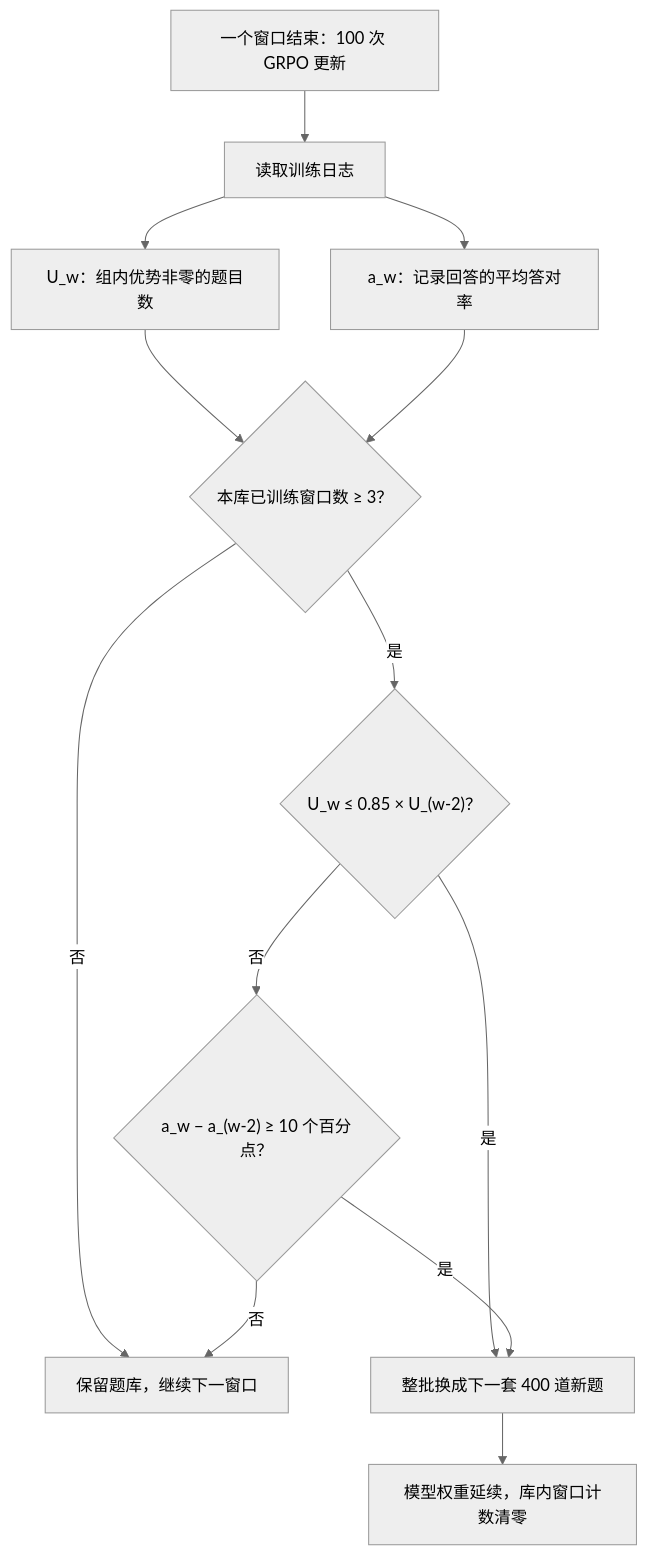
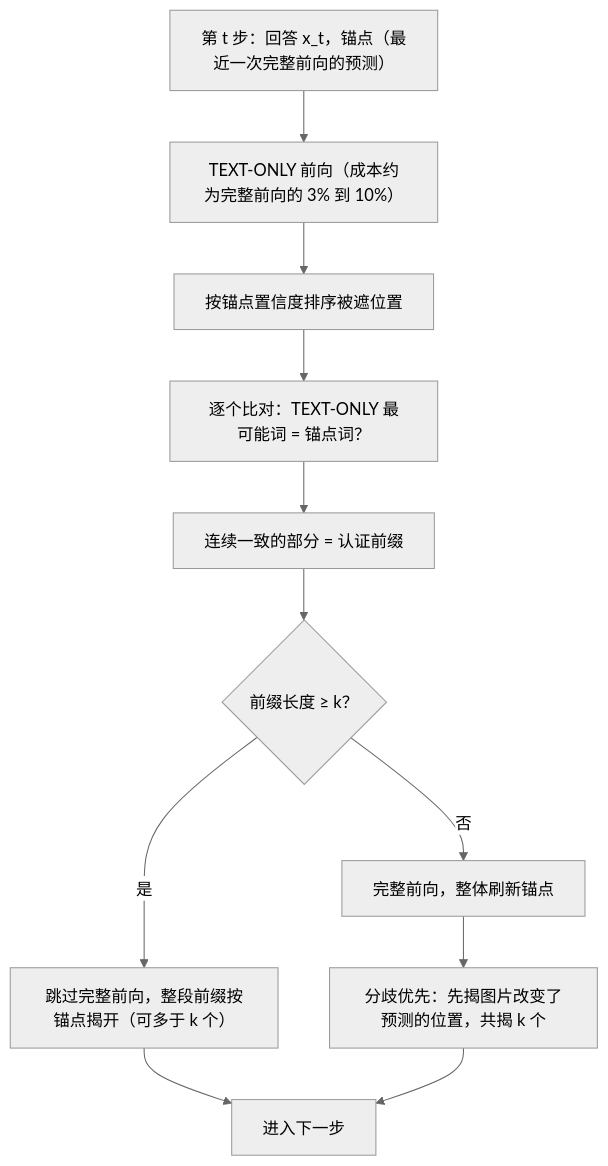
Before and after one commit to yingwang/paper-reads: the third of 4 diagrams in docs/index.md, drawn with Mermaid (neutral theme). The commit also changed other lines of this file and 2 other files, not shown here.

````diff
--- a/docs/index.md
+++ b/docs/index.md
@@ -175,15 +150,13 @@
 ```mermaid
 flowchart TB
-    W["一个窗口结束：100 次 GRPO 更新"] --> LOG["读取训练日志"]
-    LOG --> U["U_w：组内优势非零的题目数"]
-    LOG --> ACC["a_w：记录回答的平均答对率"]
-    U --> N{"本库已训练窗口数 ≥ 3？"}
-    ACC --> N
-    N -->|否| KEEP["保留题库，继续下一窗口"]
-    N -->|是| C1{"U_w ≤ 0.85 × U_(w-2)？"}
-    C1 -->|是| REF["整批换成下一套 400 道新题"]
-    C1 -->|否| C2{"a_w − a_(w-2) ≥ 10 个百分点？"}
-    C2 -->|是| REF
-    C2 -->|否| KEEP
-    REF --> CARRY["模型权重延续，库内窗口计数清零"]
+    START["第 t 步：回答 x_t，锚点（最近一次完整前向的预测）"] --> TXT["TEXT-ONLY 前向（成本约为完整前向的 3% 到 10%）"]
+    TXT --> SORT["按锚点置信度排序被遮位置"]
+    SORT --> CERT["逐个比对：TEXT-ONLY 最可能词 = 锚点词？"]
+    CERT --> PRE["连续一致的部分 = 认证前缀"]
+    PRE --> Q{"前缀长度 ≥ k？"}
+    Q -->|是| ACC["跳过完整前向，整段前缀按锚点揭开（可多于 k 个）"]
+    Q -->|否| FULL["完整前向，整体刷新锚点"]
+    FULL --> DIS["分歧优先：先揭图片改变了预测的位置，共揭 k 个"]
+    ACC --> NEXT["进入下一步"]
+    DIS --> NEXT
 ```
````
